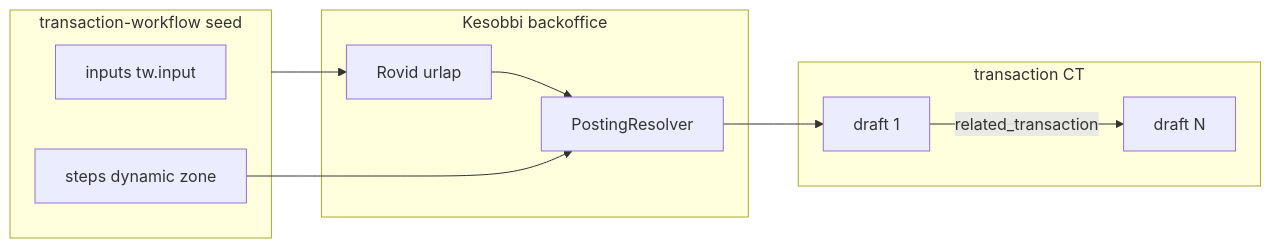
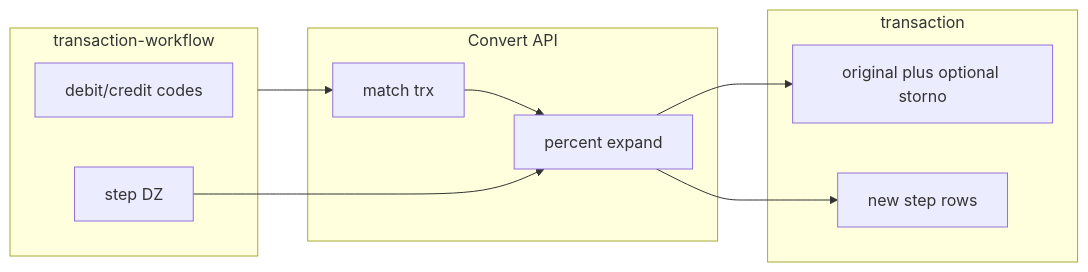
The first of 2 diagrams in docs/plans/0002-transaction-workflow-content-type.md (pitiboy/curr), drawn with Mermaid before and after one commit. The commit also changed other lines of this file and 7 other files, not shown here.

Commit message:
fix: plan for trx-workflow

````diff
--- a/docs/plans/0002-transaction-workflow-content-type.md
+++ b/docs/plans/0002-transaction-workflow-content-type.md
@@ -53,20 +44,20 @@
 ```mermaid
 flowchart LR
-  subgraph catalog [transaction-workflow seed]
-    inputs["inputs tw.input"]
-    steps["steps dynamic zone"]
+  subgraph catalog [transaction-workflow]
+    header["debit/credit codes"]
+    steps["step DZ"]
   end
-  subgraph runtime [Kesobbi backoffice]
-    form["Rovid urlap"]
-    resolver["PostingResolver"]
+  subgraph runtime [Convert API]
+    match["match trx"]
+    expand["percent expand"]
   end
-  subgraph output [transaction CT]
-    t1["draft 1"]
-    tN["draft N"]
+  subgraph output [transaction]
+    orig["original plus optional storno"]
+    news["new step rows"]
   end
-  catalog --> form
-  form --> resolver
-  steps --> resolver
-  resolver --> t1
-  t1 -->|"related_transaction"| tN
+  catalog --> match
+  match --> expand
+  steps --> expand
+  expand --> orig
+  expand --> news
 ```
````
